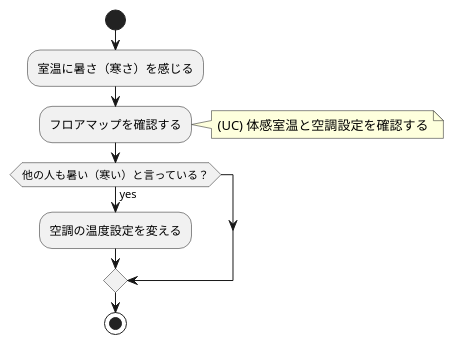
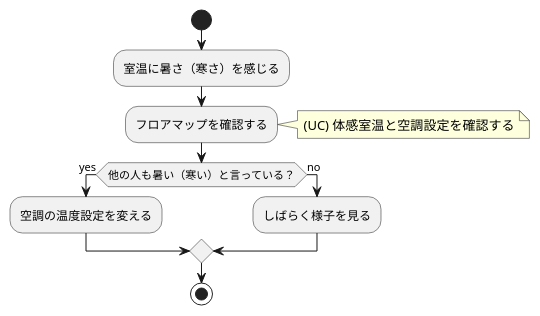
One commit to kkismd/document-template changed the diagram in user-flow.puml. Above: the diagram before and after it, drawn with PlantUML. The commit also changed 10 other files, not shown here.

```diff
--- a/user-flow.puml
+++ b/user-flow.puml
@@ -1,14 +1,16 @@
 @startuml
 
 start
 :室温に暑さ（寒さ）を感じる;
 :フロアマップを確認する;
 note right
 (UC) 体感室温と空調設定を確認する
 end note
 if (他の人も暑い（寒い）と言っている？) then (yes)
  :空調の温度設定を変える;
+else (no)
+ :しばらく様子を見る;
 endif
 
 stop
 @enduml
```
